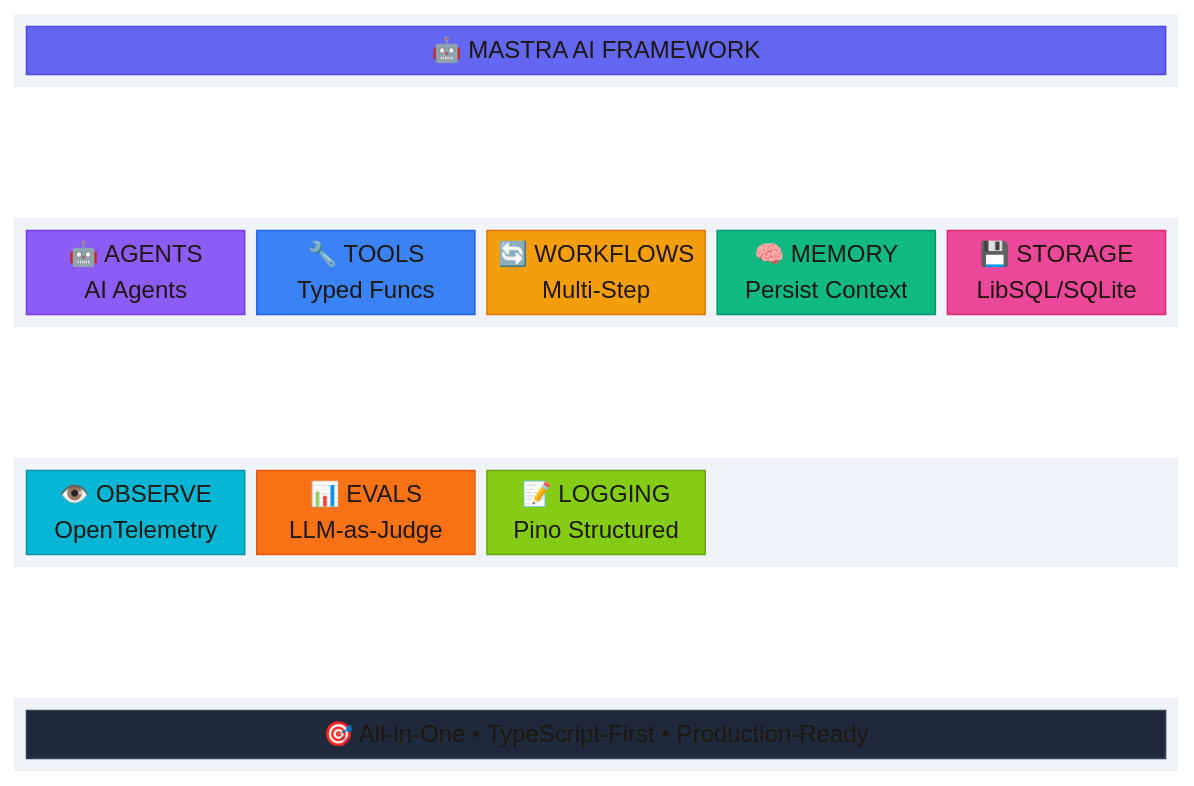
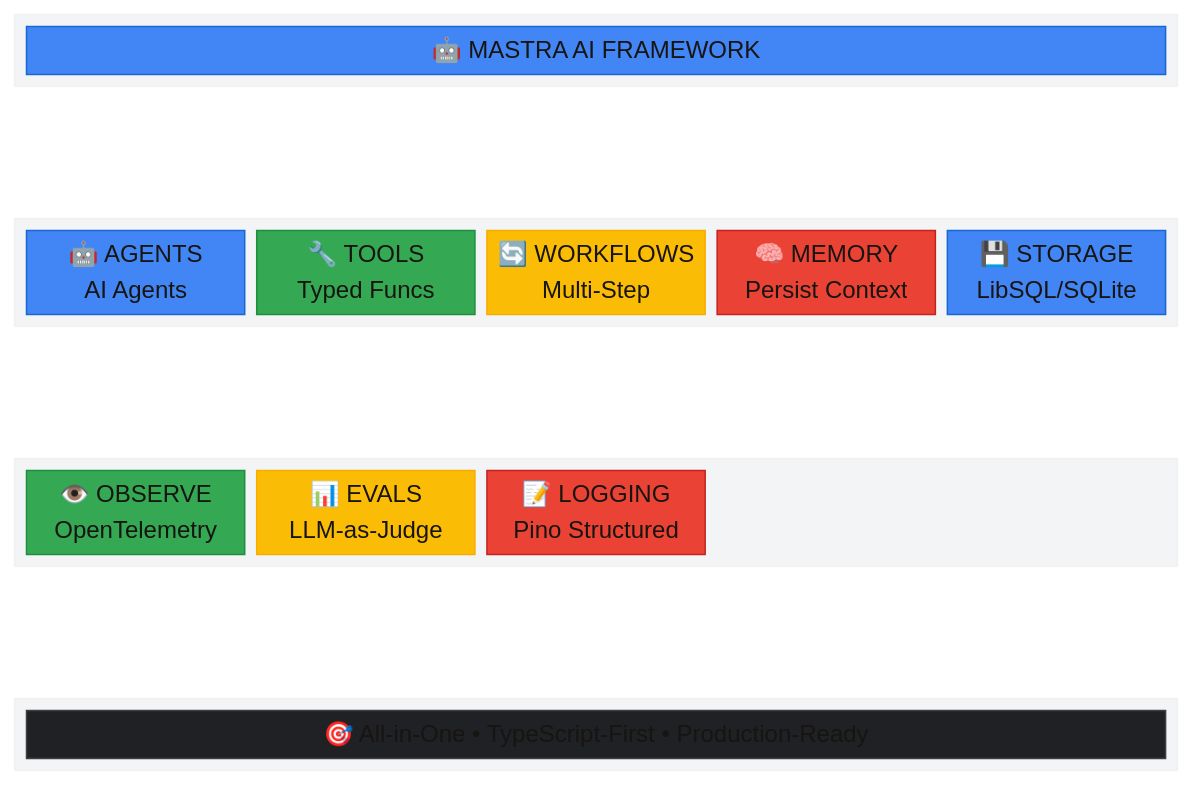
One commit to techyvenki/techie-venki-hub changed the first of 7 diagrams in docs/_posts/2025-01-31-mastra-ai-framework.md. Above: the diagram before and after it, drawn with Mermaid. The commit also changed other lines of this file, not shown here.

````diff
--- a/docs/_posts/2025-01-31-mastra-ai-framework.md
+++ b/docs/_posts/2025-01-31-mastra-ai-framework.md
@@ -45,45 +45,45 @@
 ```mermaid
-%%{init: {'theme': 'base', 'themeVariables': { 'primaryColor': '#6366f1', 'primaryTextColor': '#fff', 'primaryBorderColor': '#4f46e5', 'lineColor': '#94a3b8', 'secondaryColor': '#f1f5f9', 'tertiaryColor': '#e2e8f0'}}}%%
+%%{init: {'theme': 'base', 'themeVariables': { 'primaryColor': '#4285F4', 'primaryTextColor': '#fff', 'primaryBorderColor': '#1967D2', 'lineColor': '#5F6368', 'secondaryColor': '#F1F3F4', 'tertiaryColor': '#E8EAED'}}}%%
 block-beta
     columns 5
     
     block:header:5
         title["🤖 MASTRA AI FRAMEWORK"]
     end
     
     space:5
     
     block:row1:5
         agents["🤖 AGENTS<br/>AI Agents"]
         tools["🔧 TOOLS<br/>Typed Funcs"]
         workflows["🔄 WORKFLOWS<br/>Multi-Step"]
         memory["🧠 MEMORY<br/>Persist Context"]
         storage["💾 STORAGE<br/>LibSQL/SQLite"]
     end
     
     space:5
     
     block:row2:5
         observe["👁️ OBSERVE<br/>OpenTelemetry"]
         evals["📊 EVALS<br/>LLM-as-Judge"]
         logging["📝 LOGGING<br/>Pino Structured"]
         space:2
     end
     
     space:5
     
     block:footer:5
         tagline["🎯 All-in-One • TypeScript-First • Production-Ready"]
     end
 
-    style title fill:#6366f1,stroke:#4f46e5,color:#fff
-    style agents fill:#8b5cf6,stroke:#7c3aed,color:#fff
-    style tools fill:#3b82f6,stroke:#2563eb,color:#fff
-    style workflows fill:#f59e0b,stroke:#d97706,color:#fff
-    style memory fill:#10b981,stroke:#059669,color:#fff
-    style storage fill:#ec4899,stroke:#db2777,color:#fff
-    style observe fill:#06b6d4,stroke:#0891b2,color:#fff
-    style evals fill:#f97316,stroke:#ea580c,color:#fff
-    style logging fill:#84cc16,stroke:#65a30d,color:#fff
-    style tagline fill:#1e293b,stroke:#334155,color:#fff
+    style title fill:#4285F4,stroke:#1967D2,color:#fff
+    style agents fill:#4285F4,stroke:#1967D2,color:#fff
+    style tools fill:#34A853,stroke:#1E8E3E,color:#fff
+    style workflows fill:#FBBC05,stroke:#F9AB00,color:#202124
+    style memory fill:#EA4335,stroke:#C5221F,color:#fff
+    style storage fill:#4285F4,stroke:#1967D2,color:#fff
+    style observe fill:#34A853,stroke:#1E8E3E,color:#fff
+    style evals fill:#FBBC05,stroke:#F9AB00,color:#202124
+    style logging fill:#EA4335,stroke:#C5221F,color:#fff
+    style tagline fill:#202124,stroke:#3C4043,color:#fff
 ```
````
